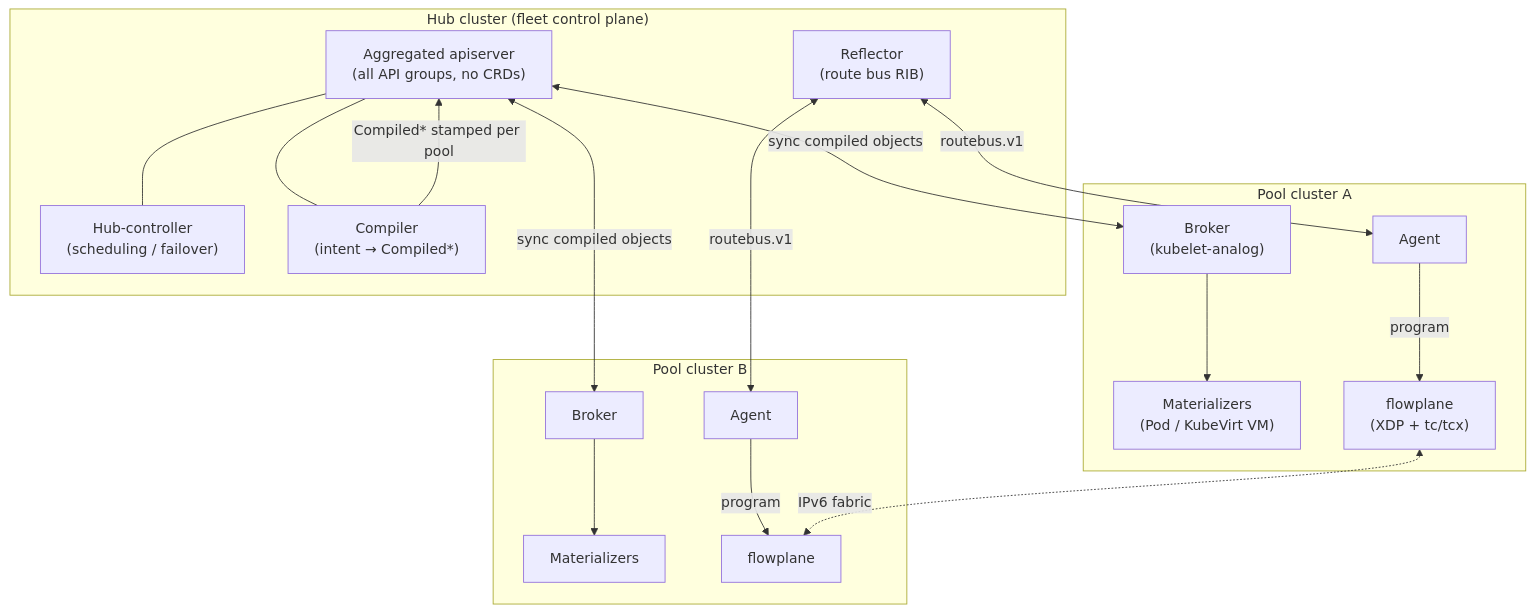
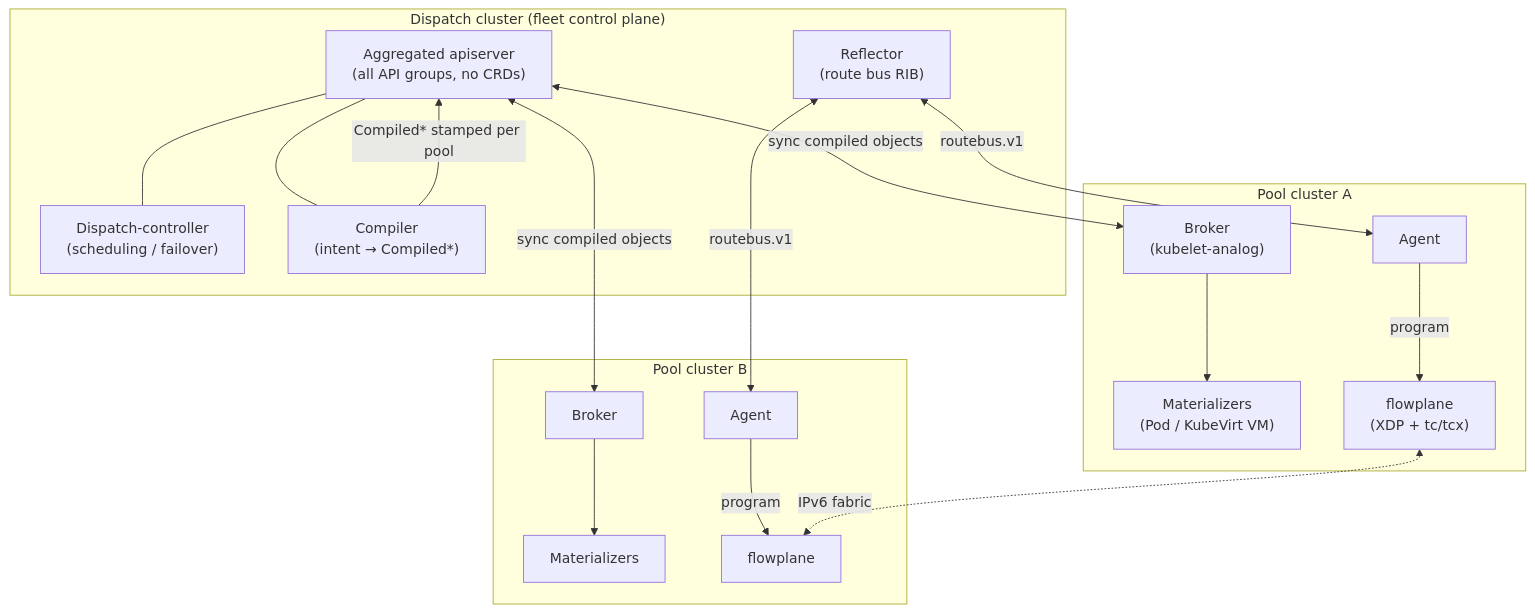
Before and after one commit to trevex/ectobase: the diagram in docs/index.md, drawn with Mermaid. The commit also changed other lines of this file and 490 other files, not shown here.

First line of the commit message:
refactor: rename subproject hub -> dispatch

````diff
--- a/docs/index.md
+++ b/docs/index.md
@@ -20,36 +20,36 @@
 ```mermaid
 flowchart TB
-    subgraph hub["Hub cluster (fleet control plane)"]
+    subgraph dispatch["Dispatch cluster (fleet control plane)"]
         api["Aggregated apiserver<br/>(all API groups, no CRDs)"]
-        hubctl["Hub-controller<br/>(scheduling / failover)"]
+        hubctl["Dispatch-controller<br/>(scheduling / failover)"]
         compiler["Compiler<br/>(intent → Compiled*)"]
         refl["Reflector<br/>(route bus RIB)"]
         api --- compiler
         api --- hubctl
     end
 
     subgraph poolA["Pool cluster A"]
         brokerA["Broker<br/>(kubelet-analog)"]
         matA["Materializers<br/>(Pod / KubeVirt VM)"]
         agentA["Agent"]
         dpA["flowplane<br/>(XDP + tc/tcx)"]
         brokerA --> matA
         agentA -->|program| dpA
     end
 
     subgraph poolB["Pool cluster B"]
         brokerB["Broker"]
         matB["Materializers"]
         agentB["Agent"]
         dpB["flowplane"]
         brokerB --> matB
         agentB -->|program| dpB
     end
 
     compiler -->|Compiled* stamped per pool| api
     api <-->|sync compiled objects| brokerA
     api <-->|sync compiled objects| brokerB
     refl <-->|routebus.v1| agentA
     refl <-->|routebus.v1| agentB
     dpA <-. IPv6 fabric .-> dpB
 ```
````
